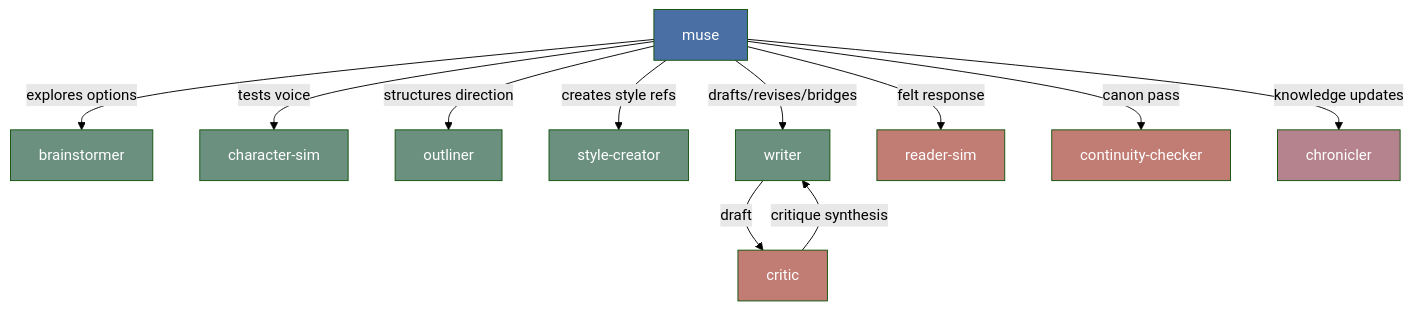
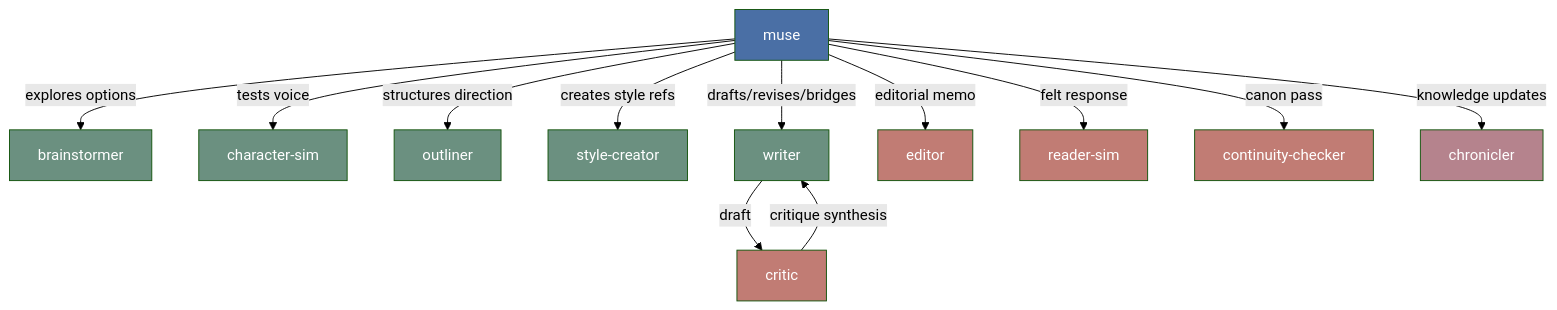
The first of 2 diagrams in docs/architecture.md (haowjy/creative-writing-skills), drawn with Mermaid (forest theme) before and after one commit. The commit also changed other lines of this file and 29 other files, not shown here.

Commit message:
Add editorial review layer

````diff
--- a/docs/architecture.md
+++ b/docs/architecture.md
@@ -10,27 +10,28 @@
 ```mermaid
 graph TD
     M[muse]
 
     M -->|explores options| B[brainstormer]
     M -->|tests voice| CS[character-sim]
     M -->|structures direction| O[outliner]
     M -->|creates style refs| S[style-creator]
 
     M -->|drafts/revises/bridges| W[writer]
     W -->|draft| C[critic]
     C -->|critique synthesis| W
+    M -->|editorial memo| E[editor]
     M -->|felt response| R[reader-sim]
     M -->|canon pass| CC[continuity-checker]
 
     M -->|knowledge updates| CH[chronicler]
 
     classDef lead fill:#4a6fa5,color:#fff
     classDef create fill:#6b9080,color:#fff
     classDef review fill:#c17c74,color:#fff
     classDef knowledge fill:#b5838d,color:#fff
 
     class M lead
     class B,CS,O,S,W create
-    class C,R,CC review
+    class C,E,R,CC review
     class CH knowledge
 ```
````
